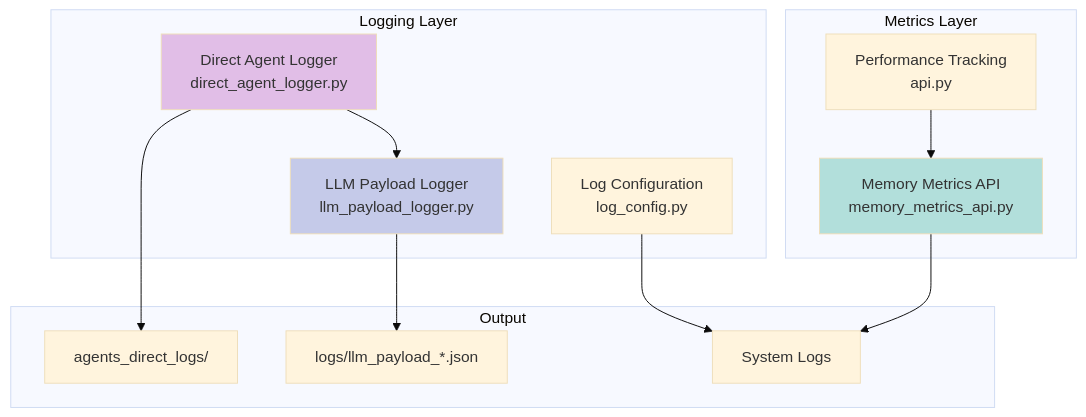
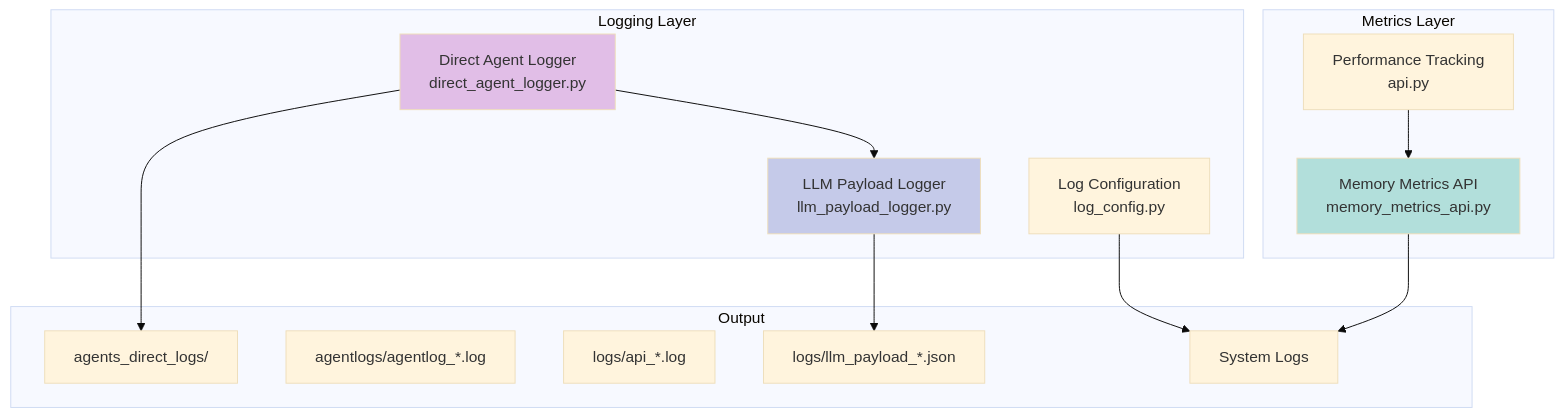
One commit to josephkirankk/jk-agents-framework changed the diagram in final_docs/10_module_logging_observability.md. Above: the diagram before and after it, drawn with Mermaid (base theme). The commit also changed other lines of this file and 187 other files, not shown here.

````diff
--- a/final_docs/10_module_logging_observability.md
+++ b/final_docs/10_module_logging_observability.md
@@ -11,30 +11,32 @@
 ```mermaid
 graph TB
     subgraph "Logging Layer"
         DIRECT[Direct Agent Logger<br/>direct_agent_logger.py]
         PAYLOAD[LLM Payload Logger<br/>llm_payload_logger.py]
         CONFIG[Log Configuration<br/>log_config.py]
     end
     
     subgraph "Metrics Layer"
         METRICS[Memory Metrics API<br/>memory_metrics_api.py]
         PERF[Performance Tracking<br/>api.py]
     end
     
     subgraph "Output"
         AGENTLOGS[agents_direct_logs/]
+        PLANNERLOG[agentlogs/agentlog_*.log]
+        APILOGS[logs/api_*.log]
         LLMLOGS[logs/llm_payload_*.json]
         SYSLOG[System Logs]
     end
     
     DIRECT --> PAYLOAD
     DIRECT --> AGENTLOGS
     PAYLOAD --> LLMLOGS
     CONFIG --> SYSLOG
     METRICS --> SYSLOG
     PERF --> METRICS
     
     style DIRECT fill:#e1bee7
     style PAYLOAD fill:#c5cae9
     style METRICS fill:#b2dfdb
 ```
````
